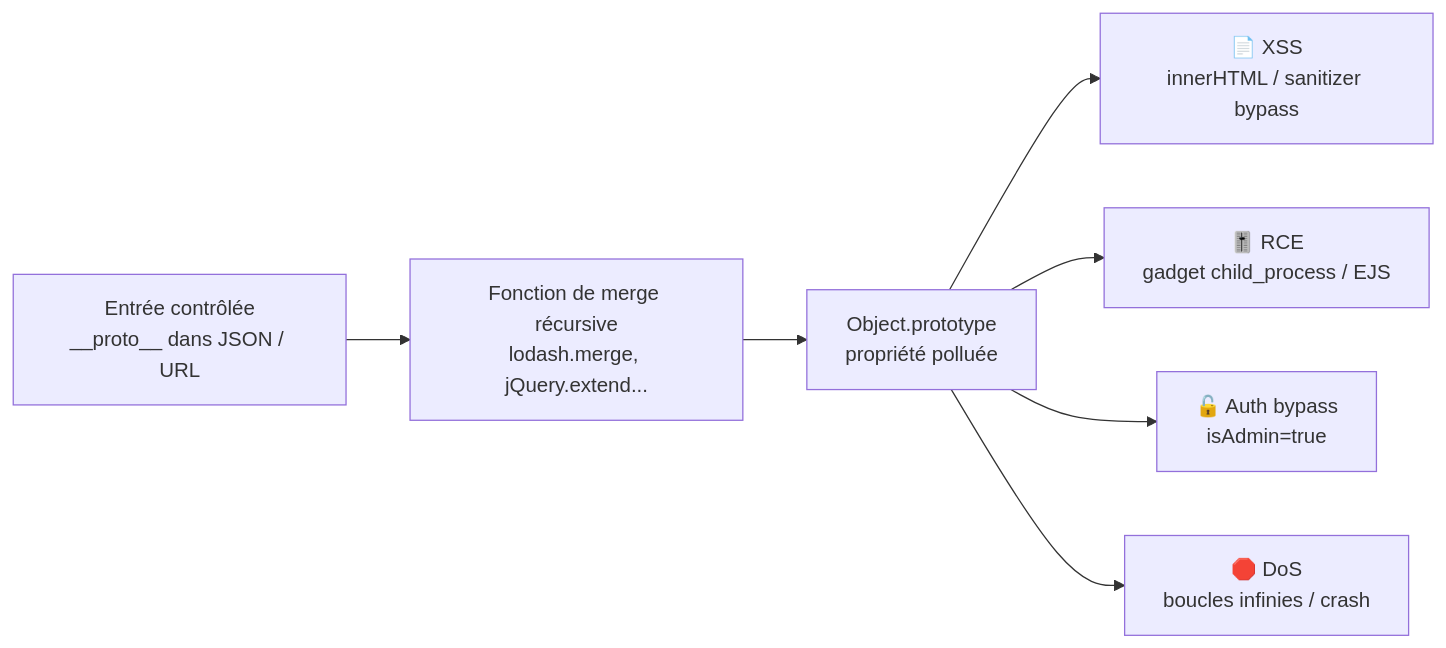
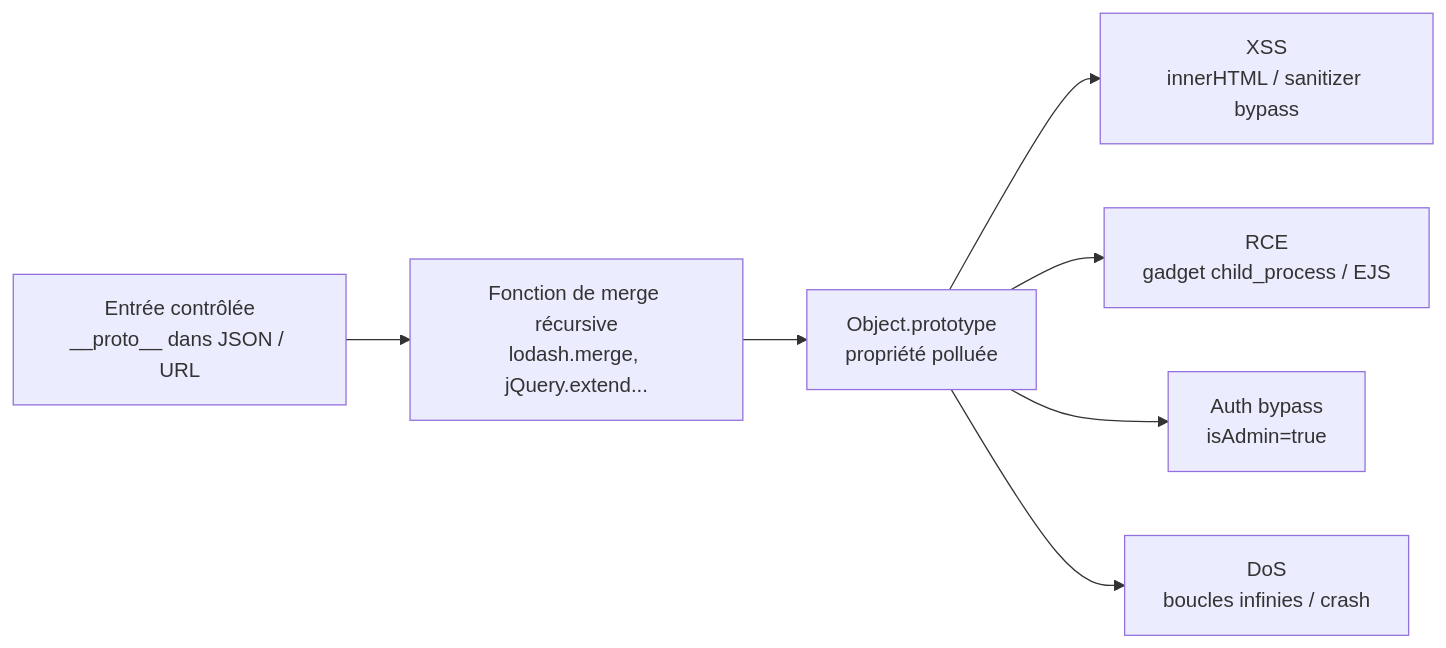
Before and after one commit to F0X-hack/foxhack.fr: the diagram in public/offsidian/vault/Cybersécurité Offensive/Techniques/Prototype Pollution.md, drawn with Mermaid. The commit also changed other lines of this file and 369 other files, not shown here.

````diff
--- a/public/offsidian/vault/Cybersécurité Offensive/Techniques/Prototype Pollution.md
+++ b/public/offsidian/vault/Cybersécurité Offensive/Techniques/Prototype Pollution.md
@@ -27,9 +27,9 @@
 ```mermaid
 flowchart LR
     A[Entrée contrôlée<br>__proto__ dans JSON / URL] --> B[Fonction de merge récursive<br>lodash.merge, jQuery.extend...]
     B --> C[Object.prototype<br>propriété polluée]
-    C --> D[📄 XSS<br>innerHTML / sanitizer bypass]
-    C --> E[🎚️ RCE<br>gadget child_process / EJS]
-    C --> F[🔓 Auth bypass<br>isAdmin=true]
-    C --> G[🛑 DoS<br>boucles infinies / crash]
+    C --> D[XSS<br>innerHTML / sanitizer bypass]
+    C --> E[RCE<br>gadget child_process / EJS]
+    C --> F[Auth bypass<br>isAdmin=true]
+    C --> G[DoS<br>boucles infinies / crash]
 ```
````
